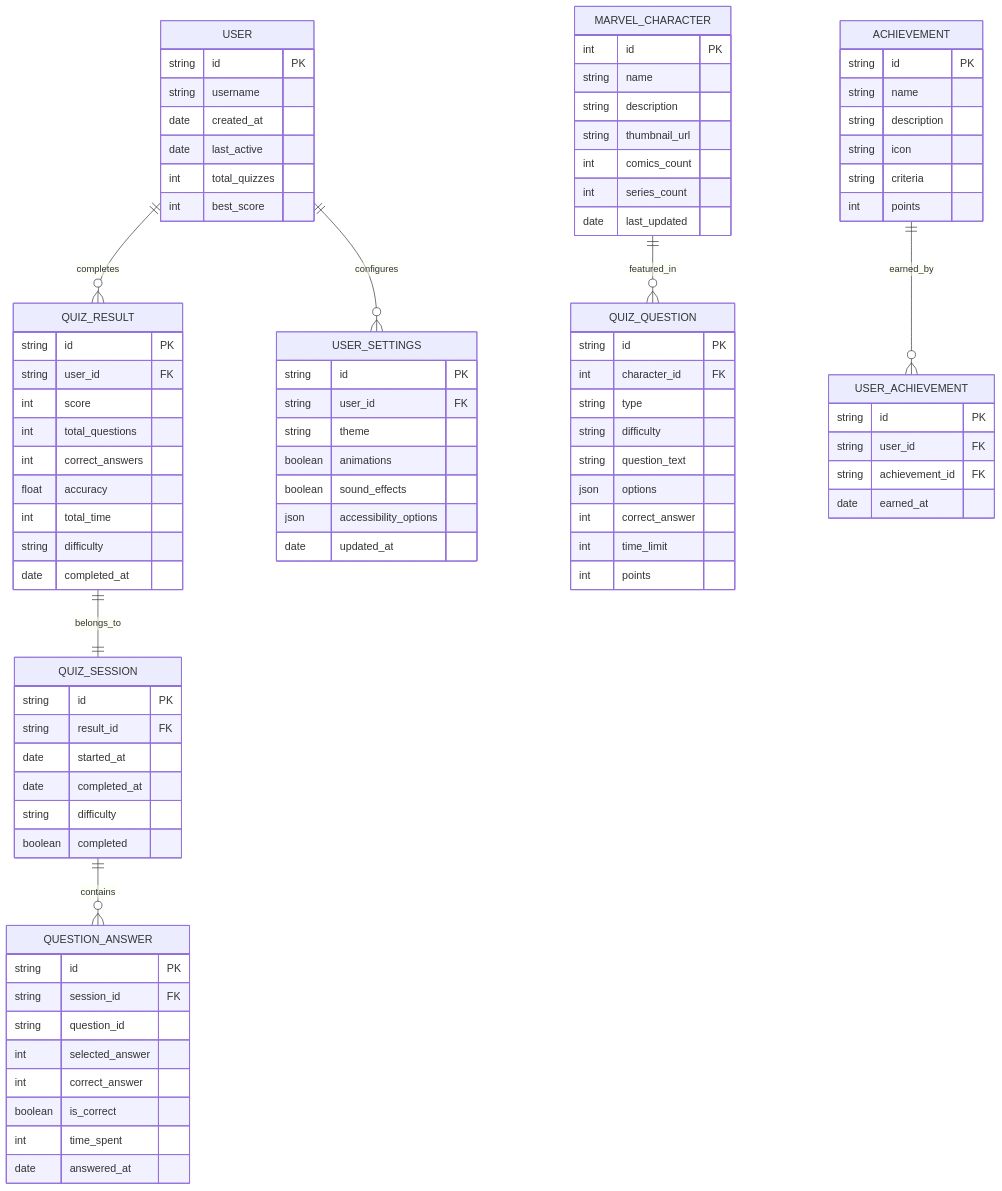
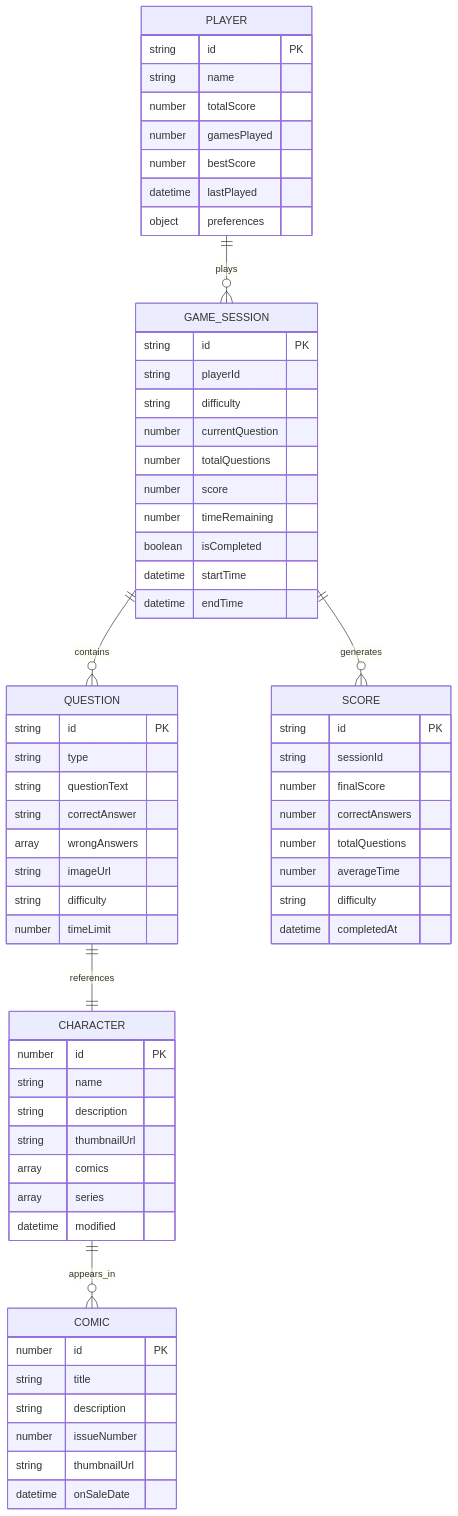
One commit to StrayDogSyn/Learner-Files-v3.5 changed the third of 3 diagrams in .trae/documents/Marvel-Quiz-Technical-Architecture.md. Above: the diagram before and after it, drawn with Mermaid. The commit also changed other lines of this file and 11 other files, not shown here.

First line of the commit message:
feat(doc): overhaul Marvel Quiz technical architecture and development plan

````diff
--- a/.trae/documents/Marvel-Quiz-Technical-Architecture.md
+++ b/.trae/documents/Marvel-Quiz-Technical-Architecture.md
@@ -252,98 +166,72 @@
 ```mermaid
 erDiagram
-    USER ||--o{ QUIZ_RESULT : completes
-    USER ||--o{ USER_SETTINGS : configures
-    QUIZ_RESULT ||--|| QUIZ_SESSION : belongs_to
-    QUIZ_SESSION ||--o{ QUESTION_ANSWER : contains
-    MARVEL_CHARACTER ||--o{ QUIZ_QUESTION : featured_in
-    ACHIEVEMENT ||--o{ USER_ACHIEVEMENT : earned_by
+    GAME_SESSION ||--o{ QUESTION : contains
+    GAME_SESSION ||--o{ SCORE : generates
+    QUESTION ||--|| CHARACTER : references
+    CHARACTER ||--o{ COMIC : appears_in
+    PLAYER ||--o{ GAME_SESSION : plays
     
-    USER {
+    GAME_SESSION {
         string id PK
-        string username
-        date created_at
-        date last_active
-        int total_quizzes
-        int best_score
+        string playerId
+        string difficulty
+        number currentQuestion
+        number totalQuestions
+        number score
+        number timeRemaining
+        boolean isCompleted
+        datetime startTime
+        datetime endTime
     }
     
-    QUIZ_RESULT {
+    QUESTION {
         string id PK
-        string user_id FK
-        int score
-        int total_questions
-        int correct_answers
-        float accuracy
-        int total_time
+        string type
+        string questionText
+        string correctAnswer
+        array wrongAnswers
+        string imageUrl
         string difficulty
-        date completed_at
+        number timeLimit
     }
     
-    QUIZ_SESSION {
-        string id PK
-        string result_id FK
-        date started_at
-        date completed_at
-        string difficulty
-        boolean completed
+    CHARACTER {
+        number id PK
+        string name
+        string description
+        string thumbnailUrl
+        array comics
+        array series
+        datetime modified
     }
     
-    QUESTION_ANSWER {
-        string id PK
-        string session_id FK
-        string question_id
-        int selected_answer
-        int correct_answer
-        boolean is_correct
-        int time_spent
-        date answered_at
+    COMIC {
+        number id PK
+        string title
+        string description
+        number issueNumber
+        string thumbnailUrl
+        datetime onSaleDate
     }
     
-    MARVEL_CHARACTER {
-        int id PK
+    PLAYER {
+        string id PK
         string name
-        string description
-        string thumbnail_url
-        int comics_count
-        int series_count
-        date last_updated
+        number totalScore
+        number gamesPlayed
+        number bestScore
+        datetime lastPlayed
+        object preferences
     }
     
-    QUIZ_QUESTION {
+    SCORE {
         string id PK
-        int character_id FK
-        string type
+        string sessionId
+        number finalScore
+        number correctAnswers
+        number totalQuestions
+        number averageTime
         string difficulty
-        string question_text
-        json options
-        int correct_answer
-        int time_limit
-        int points
-    }
-    
-    ACHIEVEMENT {
-        string id PK
-        string name
-        string description
-        string icon
-        string criteria
-        int points
-    }
-    
-    USER_ACHIEVEMENT {
-        string id PK
-        string user_id FK
-        string achievement_id FK
-        date earned_at
-    }
-    
-    USER_SETTINGS {
-        string id PK
-        string user_id FK
-        string theme
-        boolean animations
-        boolean sound_effects
-        json accessibility_options
-        date updated_at
+        datetime completedAt
     }
 ```
````
